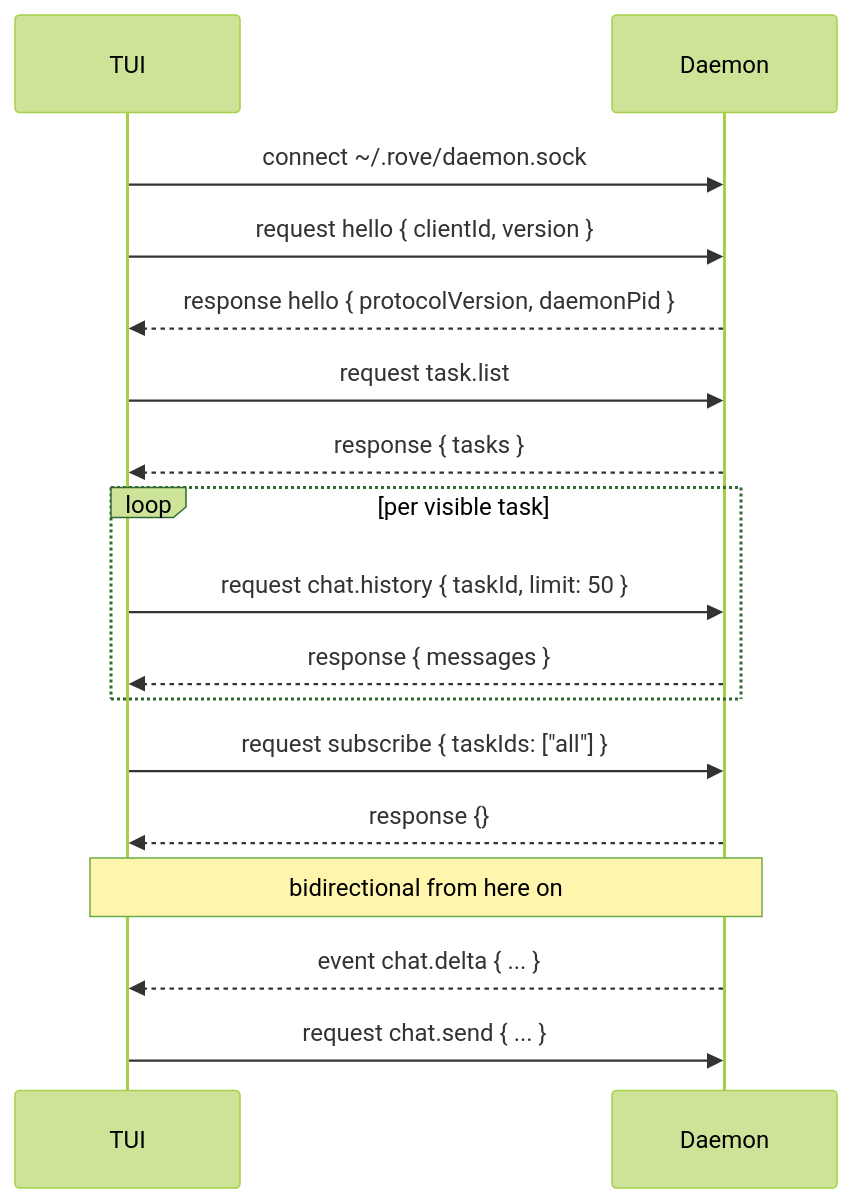
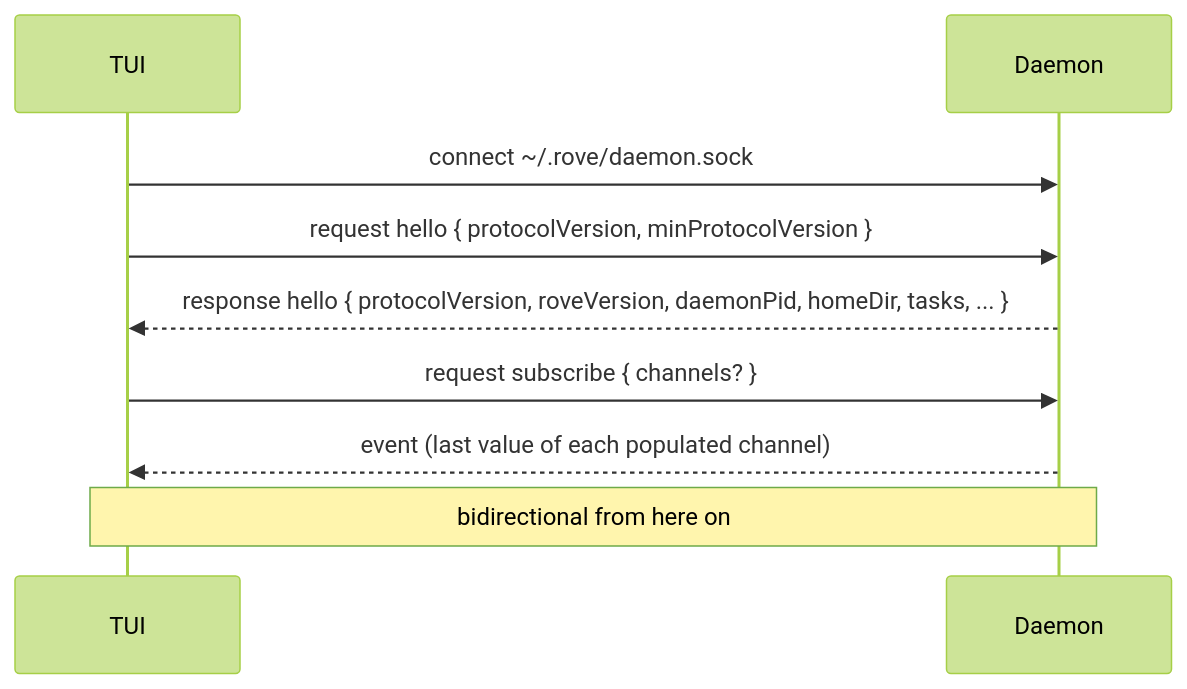
One commit to Sma1lboy/rove changed the second of 2 diagrams in docs/design/daemon.md. Above: the diagram before and after it, drawn with Mermaid (forest theme). The commit also changed other lines of this file and 19 other files, not shown here.

````diff
--- a/docs/design/daemon.md
+++ b/docs/design/daemon.md
@@ -142,24 +118,14 @@
 ```mermaid
 sequenceDiagram
   participant TUI
   participant Daemon
 
   TUI->>Daemon: connect ~/.rove/daemon.sock
-  TUI->>Daemon: request hello { clientId, version }
-  Daemon-->>TUI: response hello { protocolVersion, daemonPid }
+  TUI->>Daemon: request hello { protocolVersion, minProtocolVersion }
+  Daemon-->>TUI: response hello { protocolVersion, roveVersion, daemonPid, homeDir, tasks, ... }
 
-  TUI->>Daemon: request task.list
-  Daemon-->>TUI: response { tasks }
-
-  loop per visible task
-    TUI->>Daemon: request chat.history { taskId, limit: 50 }
-    Daemon-->>TUI: response { messages }
-  end
-
-  TUI->>Daemon: request subscribe { taskIds: ["all"] }
-  Daemon-->>TUI: response {}
+  TUI->>Daemon: request subscribe { channels? }
+  Daemon-->>TUI: event (last value of each populated channel)
 
   Note over TUI,Daemon: bidirectional from here on
-  Daemon-->>TUI: event chat.delta { ... }
-  TUI->>Daemon: request chat.send { ... }
 ```
````
